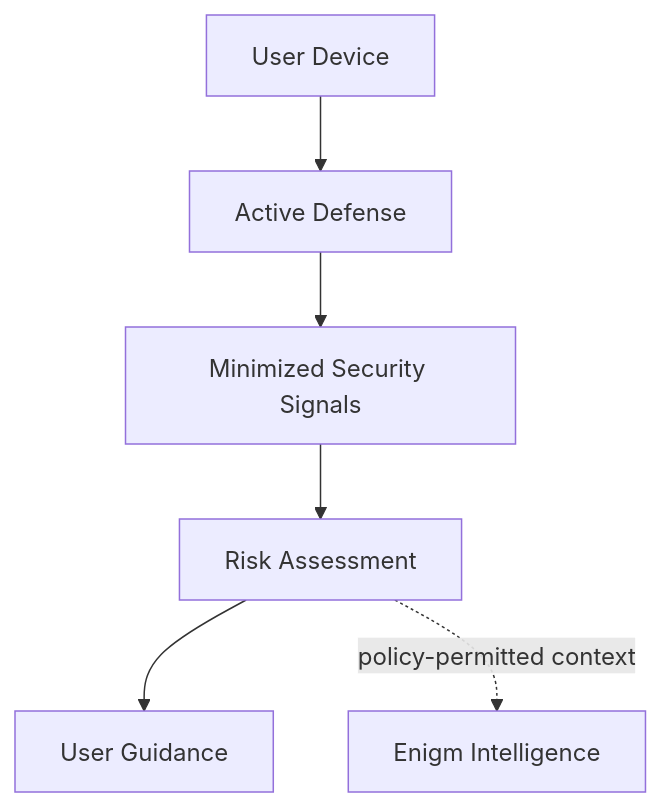
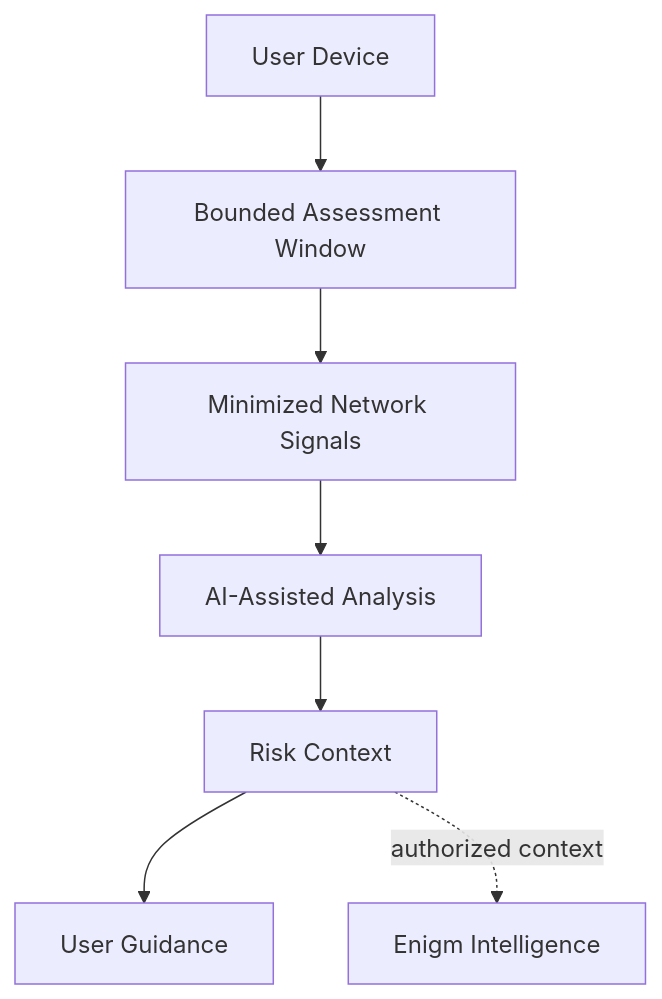
Before and after one commit to enigm-llc/docs: the diagram in app/active-defense.mdx, drawn with Mermaid. The commit also changed other lines of this file and 53 other files, not shown here.

````diff
--- a/app/active-defense.mdx
+++ b/app/active-defense.mdx
@@ -58,15 +110,17 @@
 ```mermaid
 flowchart TD
   Device["User Device"]
-  Active["Active Defense"]
-  Signals["Minimized Security Signals"]
-  Risk["Risk Assessment"]
+  Window["Bounded Assessment Window"]
+  Signals["Minimized Network Signals"]
+  AI["AI-Assisted Analysis"]
+  Risk["Risk Context"]
   Guidance["User Guidance"]
   Intelligence["Enigm Intelligence"]
 
-  Device --> Active
-  Active --> Signals
-  Signals --> Risk
+  Device --> Window
+  Window --> Signals
+  Signals --> AI
+  AI --> Risk
   Risk --> Guidance
-  Risk -. policy-permitted context .-> Intelligence
+  Risk -. authorized context .-> Intelligence
 ```
````
